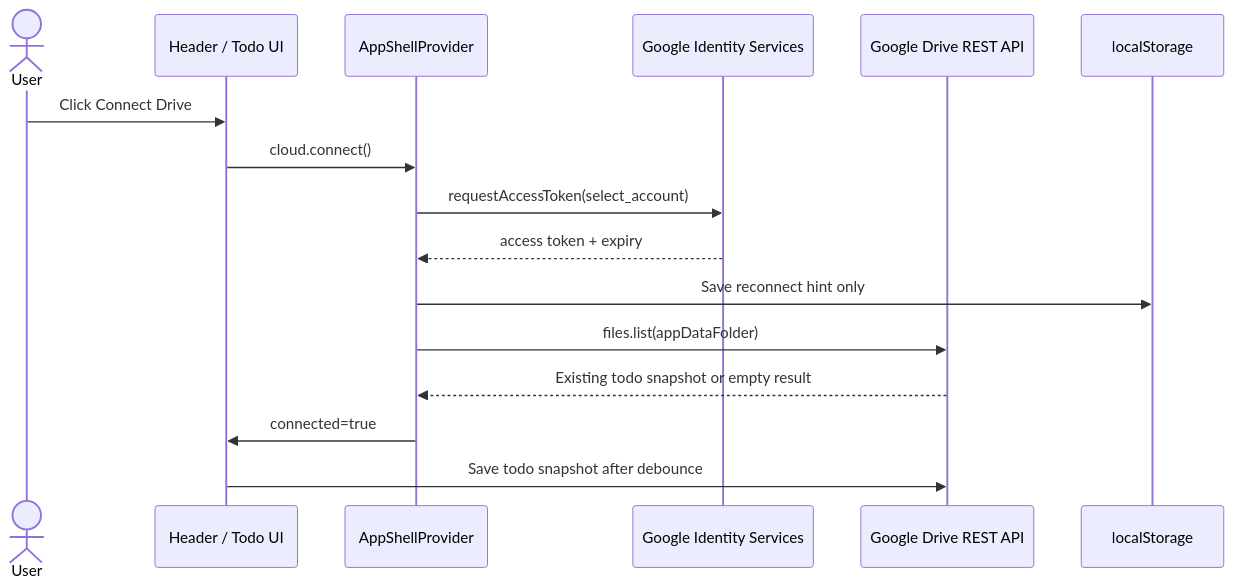
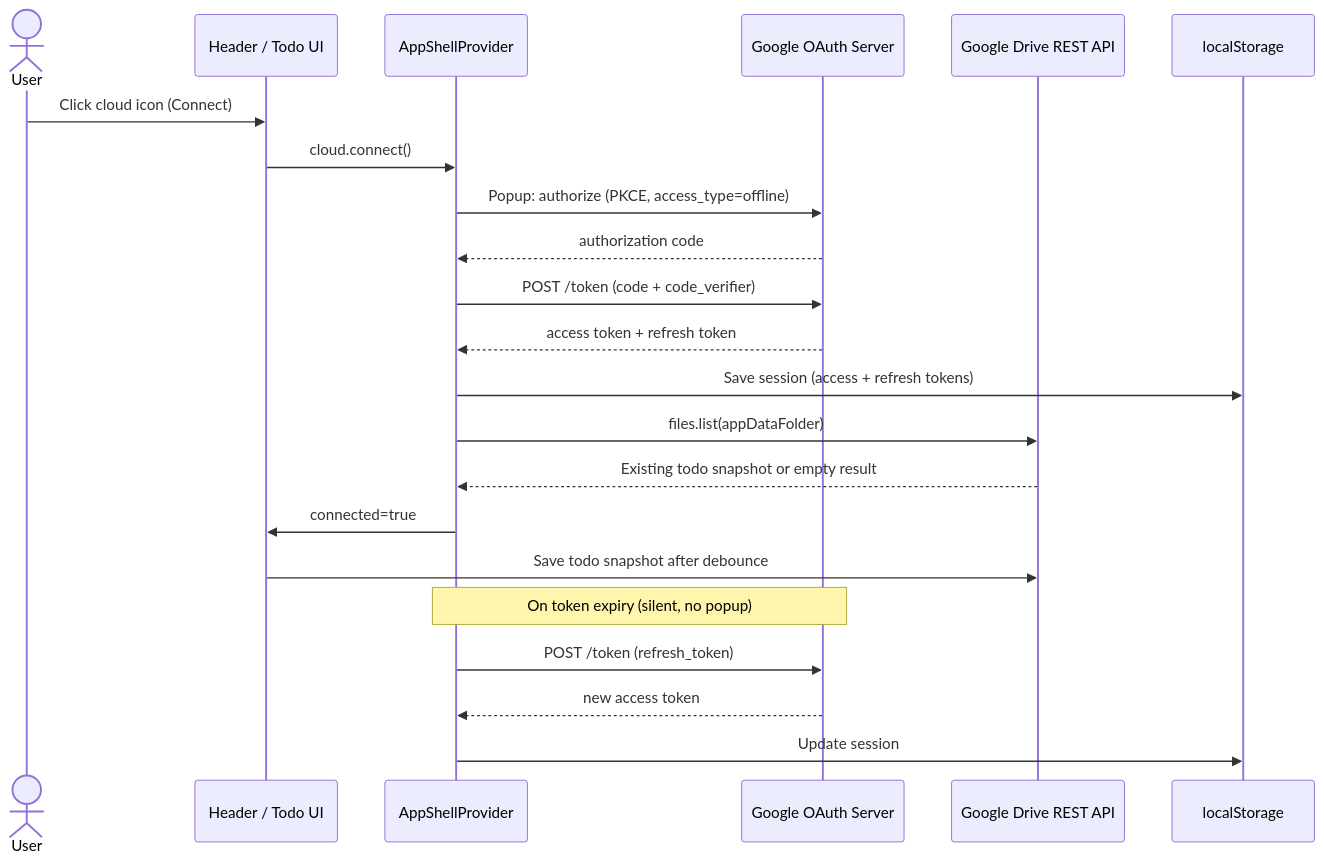
One commit to imxade/kitsy changed the third of 8 diagrams in README.md. Above: the diagram before and after it, drawn with Mermaid. The commit also changed other lines of this file and 2 other files, not shown here.

````diff
--- a/README.md
+++ b/README.md
@@ -134,19 +137,26 @@
 ```mermaid
 sequenceDiagram
     actor User
     participant Header as Header / Todo UI
     participant Shell as AppShellProvider
-    participant GIS as Google Identity Services
+    participant Google as Google OAuth Server
     participant Drive as Google Drive REST API
     participant Store as localStorage
 
-    User->>Header: Click Connect Drive
+    User->>Header: Click cloud icon (Connect)
     Header->>Shell: cloud.connect()
-    Shell->>GIS: requestAccessToken(select_account)
-    GIS-->>Shell: access token + expiry
-    Shell->>Store: Save reconnect hint only
+    Shell->>Google: Popup: authorize (PKCE, access_type=offline)
+    Google-->>Shell: authorization code
+    Shell->>Google: POST /token (code + code_verifier)
+    Google-->>Shell: access token + refresh token
+    Shell->>Store: Save session (access + refresh tokens)
     Shell->>Drive: files.list(appDataFolder)
     Drive-->>Shell: Existing todo snapshot or empty result
     Shell->>Header: connected=true
     Header->>Drive: Save todo snapshot after debounce
+
+    Note over Shell,Google: On token expiry (silent, no popup)
+    Shell->>Google: POST /token (refresh_token)
+    Google-->>Shell: new access token
+    Shell->>Store: Update session
 ```
````
